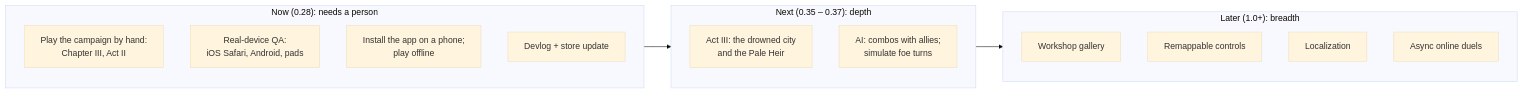
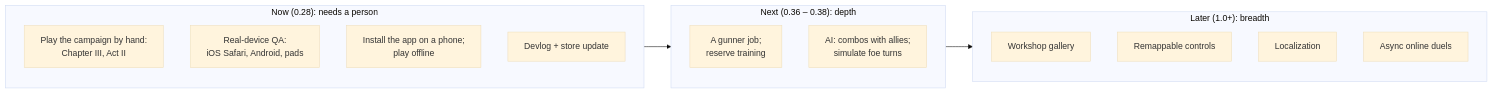
Before and after one commit to CptNope/Chess-RPG-Tactics: the second of 4 diagrams in docs/ROADMAP.md, drawn with Mermaid (base theme). The commit also changed other lines of this file and 27 other files, not shown here.

First line of the commit message:
0.35.0: Act III's finale — the Drowned City

````diff
--- a/docs/ROADMAP.md
+++ b/docs/ROADMAP.md
@@ -99,23 +101,23 @@
 ```mermaid
 flowchart LR
     subgraph NOW["Now (0.28): needs a person"]
         direction TB
         N1["Play the campaign by hand:<br/>Chapter III, Act II"]
         N2["Real-device QA:<br/>iOS Safari, Android, pads"]
         N3["Install the app on a phone;<br/>play offline"]
         N4["Devlog + store update"]
     end
-    subgraph NEXT["Next (0.35 – 0.37): depth"]
+    subgraph NEXT["Next (0.36 – 0.38): depth"]
         direction TB
-        X0["Act III: the drowned city<br/>and the Pale Heir"]
+        X0["A gunner job;<br/>reserve training"]
         X1["AI: combos with allies;<br/>simulate foe turns"]
     end
     subgraph LATER["Later (1.0+): breadth"]
         direction TB
         L4["Workshop gallery"]
         L5["Remappable controls"]
         L6["Localization"]
         L7["Async online duels"]
     end
     NOW --> NEXT --> LATER
 ```
````
